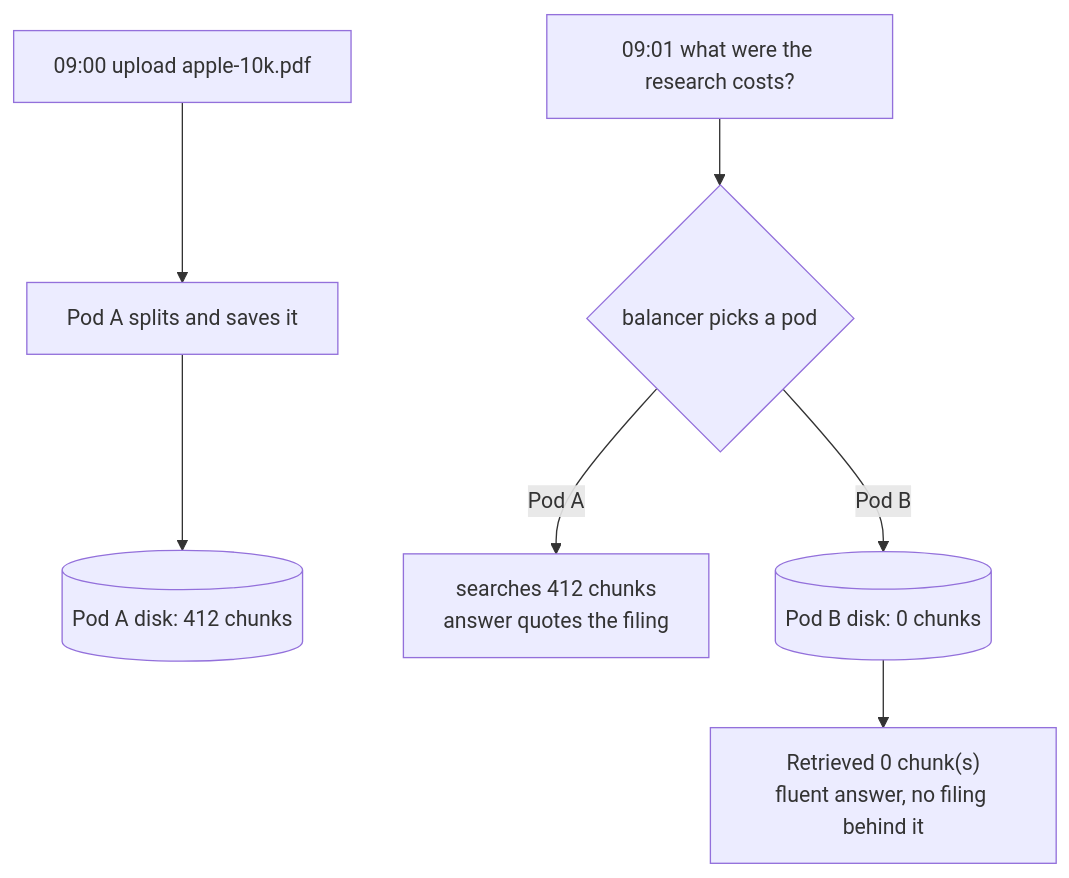
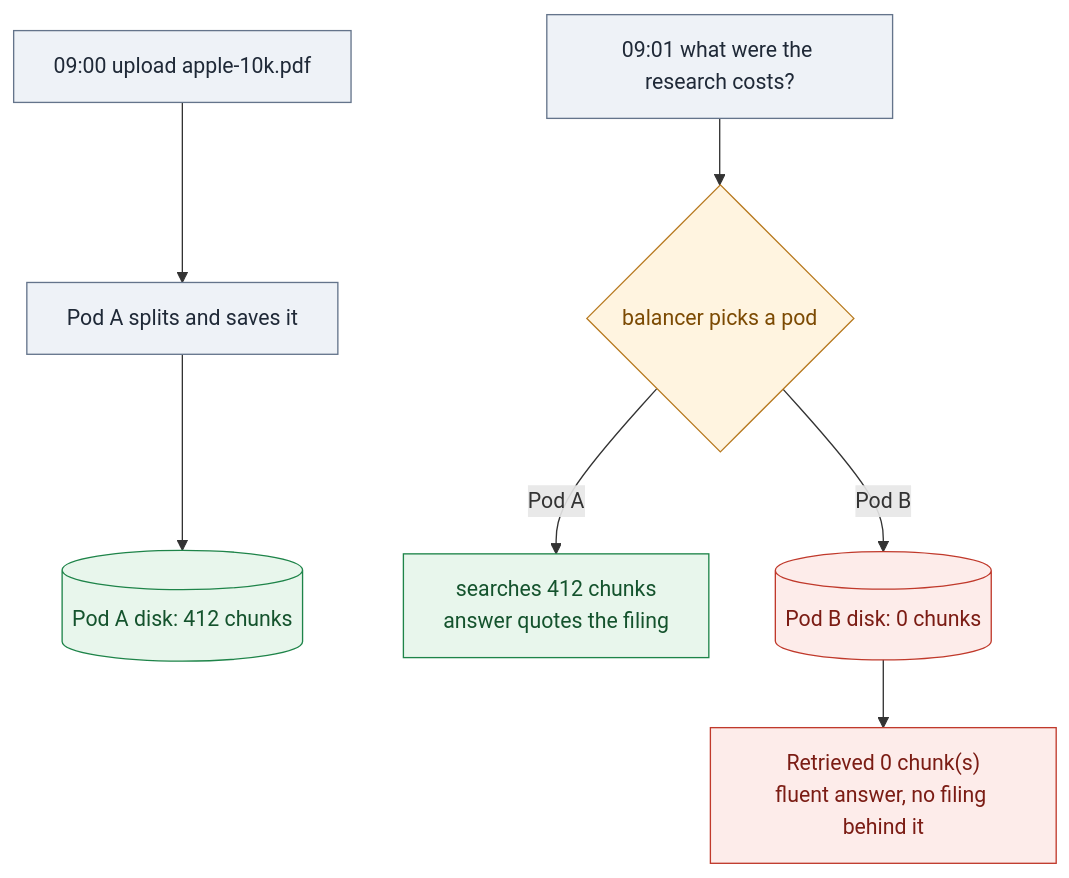
Before and after one commit to selvakumarperumal/Corporate_Filing_Analyzer_Agent: the second of 15 diagrams in docs/TESTING-SCALING.md, drawn with Mermaid. The commit also changed other lines of this file, not shown here.

Commit message:
docs: style mermaid diagrams and add 'When it happens' context callouts across scaling test rows

````diff
--- a/docs/TESTING-SCALING.md
+++ b/docs/TESTING-SCALING.md
@@ -265,9 +294,18 @@
 ```mermaid
 flowchart TB
   U["09:00 upload apple-10k.pdf"] --> A["Pod A splits and saves it"]
   A --> DA[("Pod A disk: 412 chunks")]
   Q["09:01 what were the research costs?"] --> LB{"balancer picks a pod"}
   LB -->|"Pod A"| GOOD["searches 412 chunks<br/>answer quotes the filing"]
   LB -->|"Pod B"| DB[("Pod B disk: 0 chunks")]
   DB --> BAD["Retrieved 0 chunk(s)<br/>fluent answer, no filing behind it"]
+  classDef step fill:#eef2f7,stroke:#64748b,color:#1f2937
+  classDef bad fill:#fdecea,stroke:#c0392b,color:#7b1c14
+  classDef good fill:#e8f6ec,stroke:#1e8449,color:#14532d
+  classDef warn fill:#fff4e0,stroke:#b7791f,color:#7c4a03
+  classDef fix fill:#eef2ff,stroke:#4f46e5,color:#312e81
+  class U,A,Q step
+  class LB warn
+  class DA,GOOD good
+  class DB,BAD bad
 ```
````
